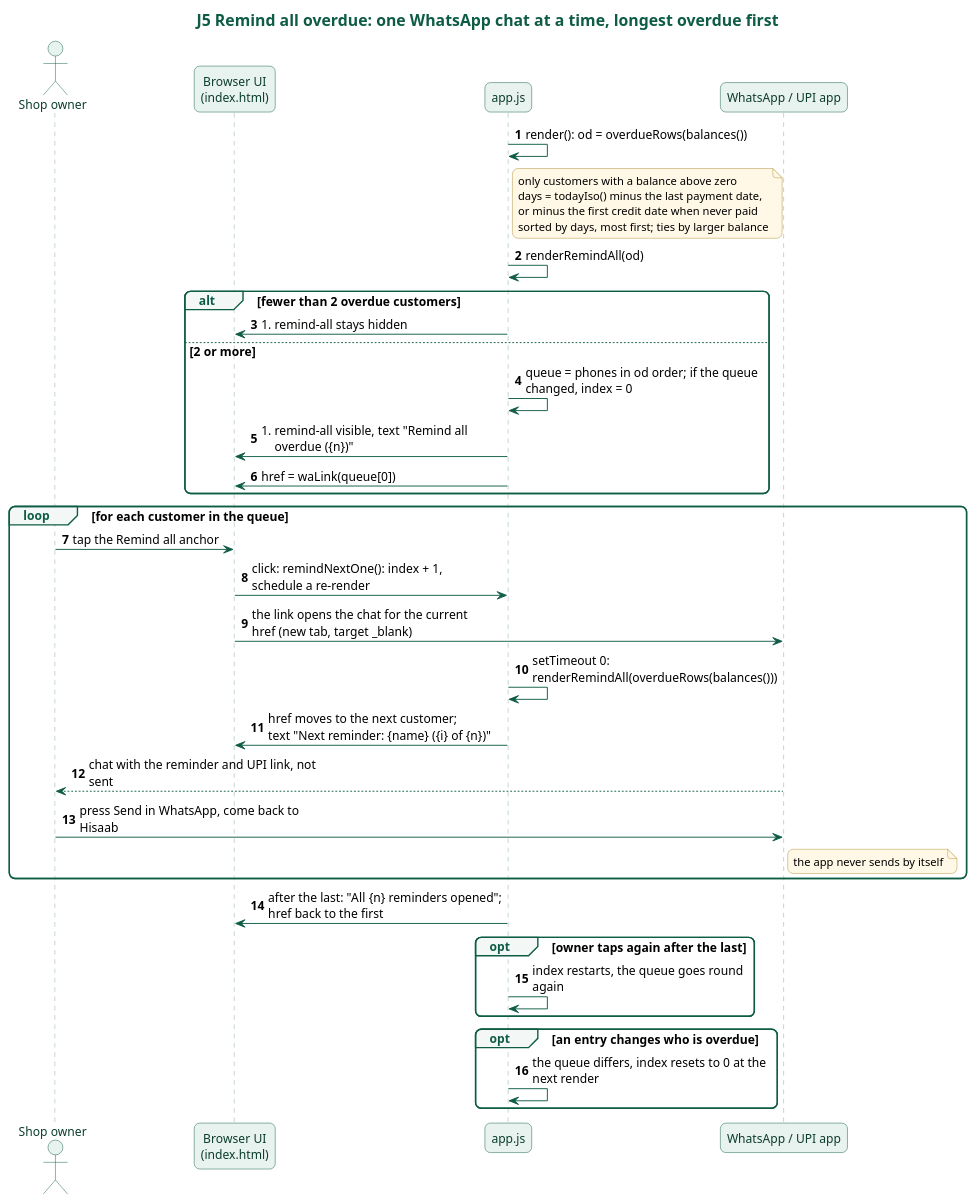
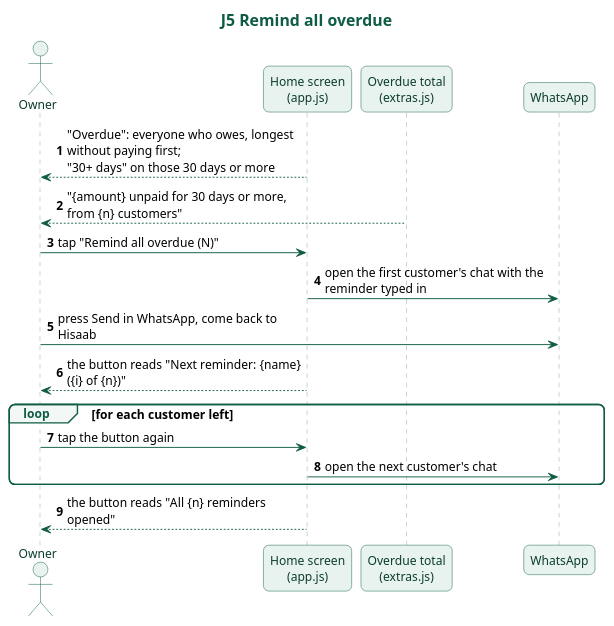
The diagram in docs/diagrams/j5-remind-all.puml (karwasanjay007/hisaab-docs), drawn with PlantUML before and after one commit. The commit also changed 62 other files, not shown here.

First line of the commit message:
Documents rewritten as one text about version 1.5.2.1, read from the code

```diff
--- a/docs/diagrams/j5-remind-all.puml
+++ b/docs/diagrams/j5-remind-all.puml
@@ -1,77 +1,56 @@
 @startuml j5-remind-all
-title J5 Remind all overdue: one WhatsApp chat at a time, longest overdue first
+title J5 Remind all overdue
 skinparam backgroundColor white
 skinparam defaultFontName "Noto Sans"
 skinparam defaultFontSize 13
 skinparam roundCorner 12
 skinparam shadowing false
 skinparam maxMessageSize 260
 skinparam titleFontSize 17
 skinparam titleFontColor #0E5C45
 skinparam sequenceMessageAlign left
 skinparam responseMessageBelowArrow true
 skinparam sequence {
   ArrowColor #0E5C45
   LifeLineBorderColor #7FA89A
   LifeLineBackgroundColor #E8F2EE
   ParticipantBorderColor #0E5C45
   ParticipantBackgroundColor #E8F2EE
   ParticipantFontColor #0B3D2E
   ActorBorderColor #0E5C45
   ActorBackgroundColor #E8F2EE
   ActorFontColor #0B3D2E
   GroupBorderColor #0E5C45
   GroupHeaderFontColor #0E5C45
   GroupBackgroundColor #F3F8F6
   DividerBorderColor #0E5C45
   DividerBackgroundColor #E8F2EE
   DividerFontColor #0B3D2E
   BoxBorderColor #0E5C45
 }
 skinparam database {
   BorderColor #0E5C45
   BackgroundColor #E8F2EE
 }
 skinparam note {
   BorderColor #B08A2E
   BackgroundColor #FFF8E6
   FontSize 12
 }
-actor "Shop owner" as Owner
-participant "Browser UI\n(index.html)" as UI
-participant "app.js" as App
-participant "WhatsApp / UPI app" as WA
+actor "Owner" as O
+participant "Home screen\n(app.js)" as H
+participant "Overdue total\n(extras.js)" as E
+participant "WhatsApp" as WA
 autonumber
-App -> App : render(): od = overdueRows(balances())
-note right of App
-  only customers with a balance above zero
-  days = todayIso() minus the last payment date,
-  or minus the first credit date when never paid
-  sorted by days, most first; ties by larger balance
-end note
-App -> App : renderRemindAll(od)
-alt fewer than 2 overdue customers
-  App -> UI : #remind-all stays hidden
-else 2 or more
-  App -> App : queue = phones in od order; if the queue changed, index = 0
-  App -> UI : #remind-all visible, text "Remind all overdue ({n})"
-  App -> UI : href = waLink(queue[0])
+H --> O : "Overdue": everyone who owes, longest without paying first;\n"30+ days" on those 30 days or more
+E --> O : "{amount} unpaid for 30 days or more, from {n} customers"
+O -> H : tap "Remind all overdue (N)"
+H -> WA : open the first customer's chat with the reminder typed in
+O -> WA : press Send in WhatsApp, come back to Hisaab
+H --> O : the button reads "Next reminder: {name} ({i} of {n})"
+loop for each customer left
+  O -> H : tap the button again
+  H -> WA : open the next customer's chat
 end
-loop for each customer in the queue
-  Owner -> UI : tap the Remind all anchor
-  UI -> App : click: remindNextOne(): index + 1, schedule a re-render
-  UI -> WA : the link opens the chat for the current href (new tab, target _blank)
-  App -> App : setTimeout 0: renderRemindAll(overdueRows(balances()))
-  App -> UI : href moves to the next customer;\ntext "Next reminder: {name} ({i} of {n})"
-  WA --> Owner : chat with the reminder and UPI link, not sent
-  Owner -> WA : press Send in WhatsApp, come back to Hisaab
-  note right of WA : the app never sends by itself
-end
-App -> UI : after the last: "All {n} reminders opened"; href back to the first
-opt owner taps again after the last
-  App -> App : index restarts, the queue goes round again
-end
-opt an entry changes who is overdue
-  App -> App : the queue differs, index resets to 0 at the next render
-end
+H --> O : the button reads "All {n} reminders opened"
 @enduml
```
